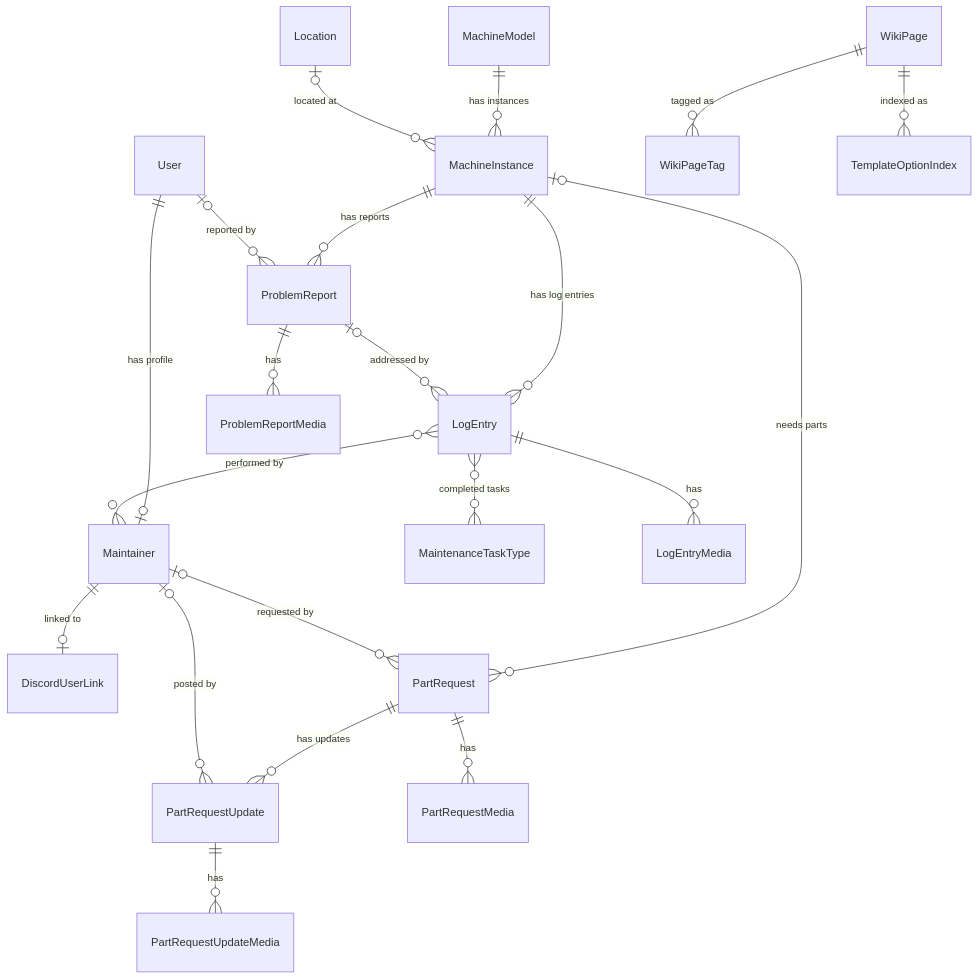
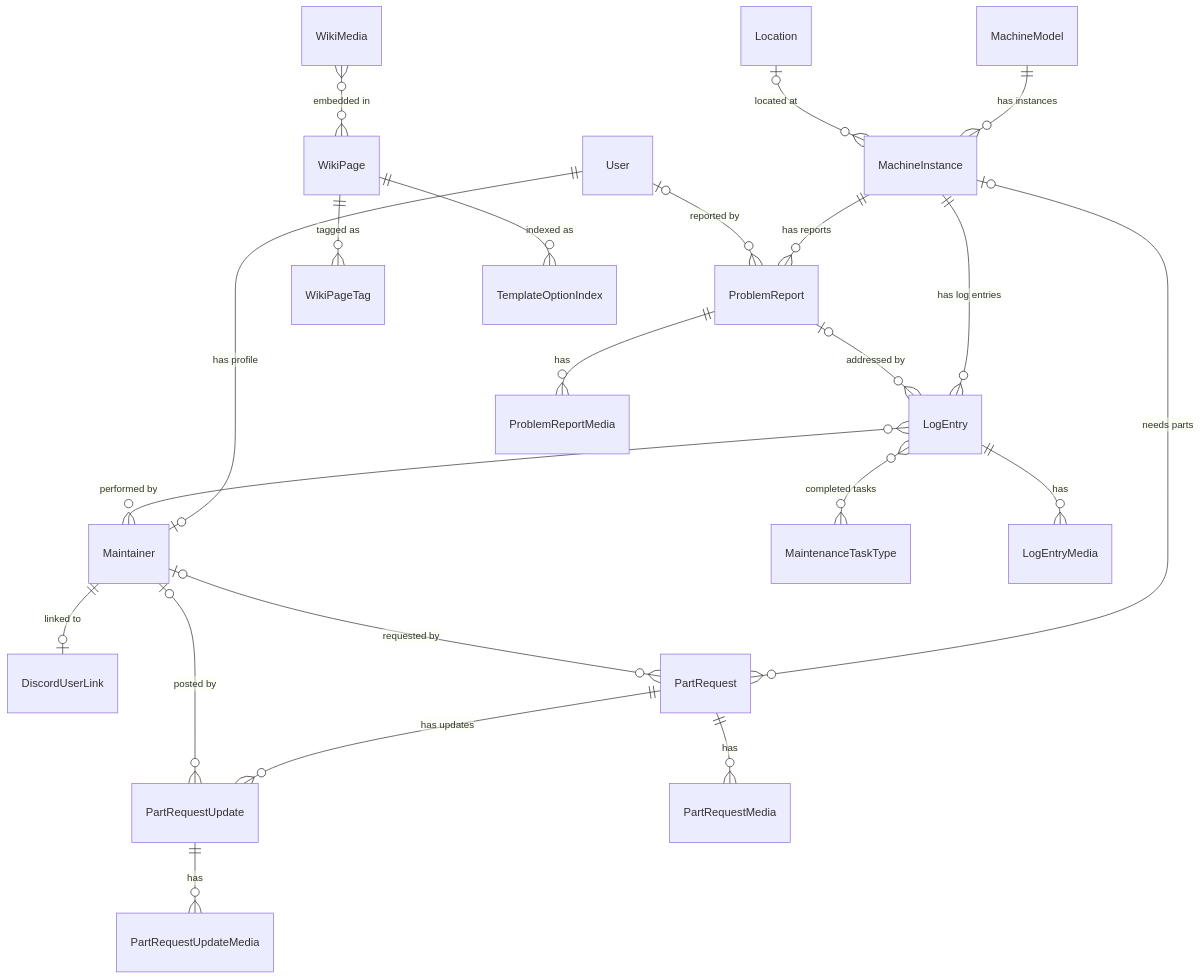
One commit to The-Flip/flipfix changed the diagram in docs/Datamodel.md. Above: the diagram before and after it, drawn with Mermaid. The commit also changed other lines of this file and 31 other files, not shown here.

````diff
--- a/docs/Datamodel.md
+++ b/docs/Datamodel.md
@@ -5,32 +5,33 @@
 ```mermaid
 erDiagram
     %% ── Accounts ──
     User ||--o| Maintainer : "has profile"
     Maintainer ||--o| DiscordUserLink : "linked to"
 
     %% ── Catalog ──
     MachineModel ||--o{ MachineInstance : "has instances"
     Location |o--o{ MachineInstance : "located at"
 
     %% ── Maintenance ──
     MachineInstance ||--o{ ProblemReport : "has reports"
     MachineInstance ||--o{ LogEntry : "has log entries"
     ProblemReport |o--o{ LogEntry : "addressed by"
     User |o--o{ ProblemReport : "reported by"
     LogEntry }o--o{ Maintainer : "performed by"
     LogEntry }o--o{ MaintenanceTaskType : "completed tasks"
     ProblemReport ||--o{ ProblemReportMedia : "has"
     LogEntry ||--o{ LogEntryMedia : "has"
 
     %% ── Parts ──
     MachineInstance |o--o{ PartRequest : "needs parts"
     Maintainer |o--o{ PartRequest : "requested by"
     PartRequest ||--o{ PartRequestUpdate : "has updates"
     Maintainer |o--o{ PartRequestUpdate : "posted by"
     PartRequest ||--o{ PartRequestMedia : "has"
     PartRequestUpdate ||--o{ PartRequestUpdateMedia : "has"
 
     %% ── Wiki ──
     WikiPage ||--o{ WikiPageTag : "tagged as"
     WikiPage ||--o{ TemplateOptionIndex : "indexed as"
+    WikiMedia }o--o{ WikiPage : "embedded in"
 ```
````
